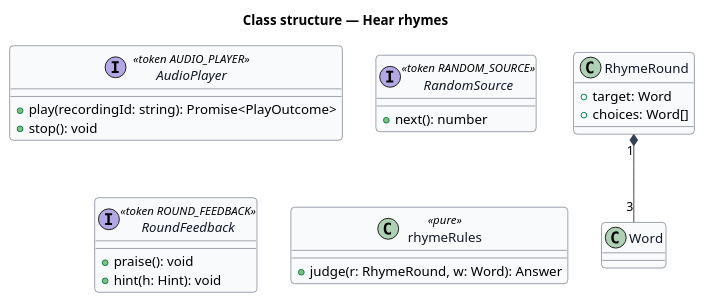
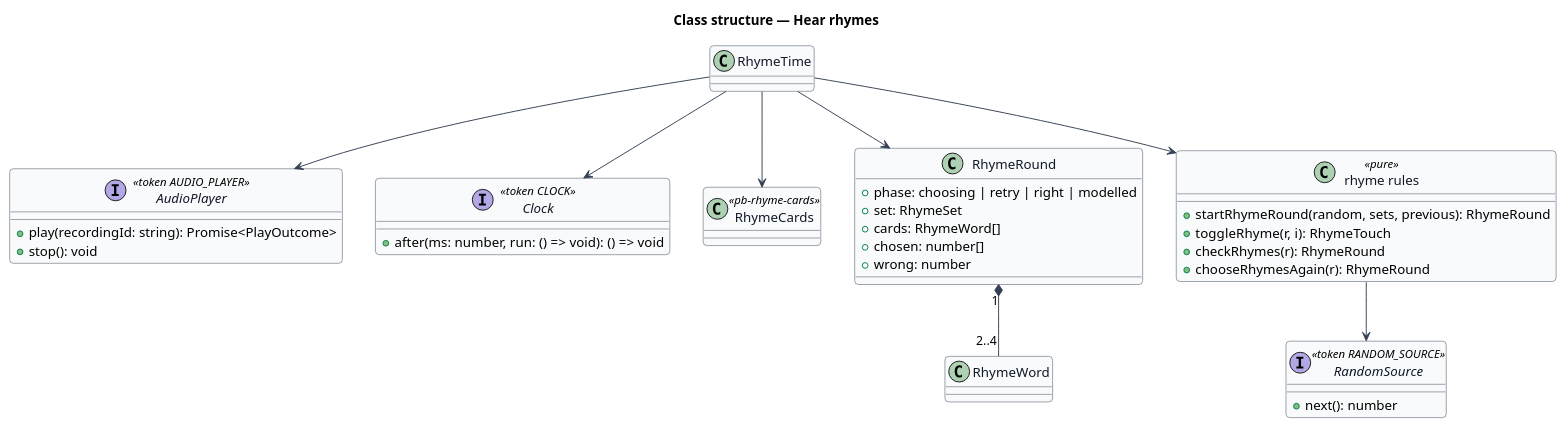
One commit to QuinntyneBrown/pibbo changed the diagram in docs/detailed-designs/sound-out/hear-rhymes/diagrams/class.puml. Above: the diagram before and after it, drawn with PlantUML. The commit also changed 19 other files, not shown here.

Commit message:
Align Rhyme time with its mock: choose every rhyme, then Check, and draw the modelled answer (L2-021, ADR 0025)

```diff
--- a/docs/detailed-designs/sound-out/hear-rhymes/diagrams/class.puml
+++ b/docs/detailed-designs/sound-out/hear-rhymes/diagrams/class.puml
@@ -1,34 +1,47 @@
 @startuml
 skinparam backgroundColor #FFFFFF
 skinparam shadowing false
 skinparam roundcorner 8
 skinparam defaultFontName Arial
 skinparam ArrowColor #344054
 skinparam class {
   BorderColor #344054
   FontColor #101828
   BackgroundColor #F9FAFB
 }
 title Class structure — Hear rhymes
 
 interface AudioPlayer <<token AUDIO_PLAYER>> {
   +play(recordingId: string): Promise<PlayOutcome>
   +stop(): void
 }
 interface RandomSource <<token RANDOM_SOURCE>> {
   +next(): number
 }
-interface RoundFeedback <<token ROUND_FEEDBACK>> {
-  +praise(): void
-  +hint(h: Hint): void
+interface Clock <<token CLOCK>> {
+  +after(ms: number, run: () => void): () => void
 }
 
+class RhymeTime
+class RhymeCards <<pb-rhyme-cards>>
 class RhymeRound {
-  +target: Word
-  +choices: Word[]
+  +phase: choosing | retry | right | modelled
+  +set: RhymeSet
+  +cards: RhymeWord[]
+  +chosen: number[]
+  +wrong: number
 }
-class rhymeRules <<pure>> {
-  +judge(r: RhymeRound, w: Word): Answer
+class "rhyme rules" as rules <<pure>> {
+  +startRhymeRound(random, sets, previous): RhymeRound
+  +toggleRhyme(r, i): RhymeTouch
+  +checkRhymes(r): RhymeRound
+  +chooseRhymesAgain(r): RhymeRound
 }
-RhymeRound "1" *-- "3" Word
+RhymeRound "1" *-- "2..4" RhymeWord
+RhymeTime --> RhymeCards
+RhymeTime --> rules
+RhymeTime --> RhymeRound
+RhymeTime --> AudioPlayer
+RhymeTime --> Clock
+rules --> RandomSource
 @enduml
```
